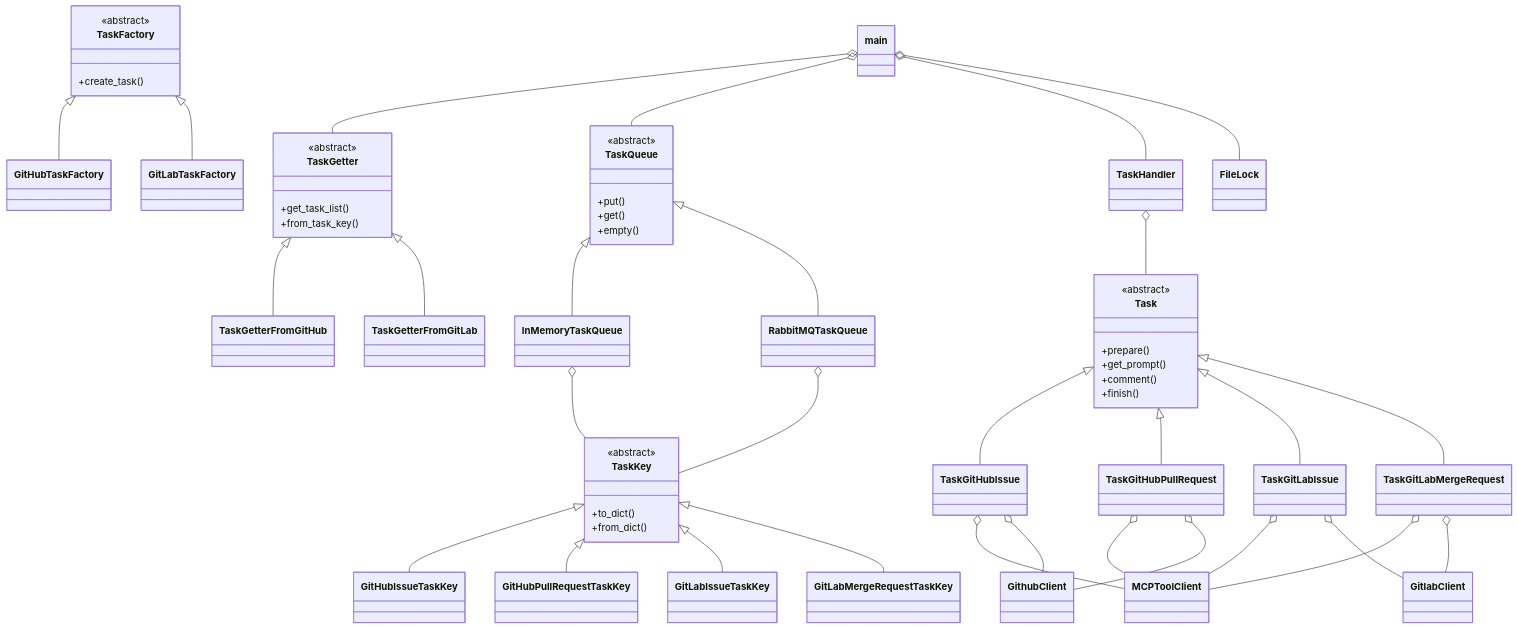
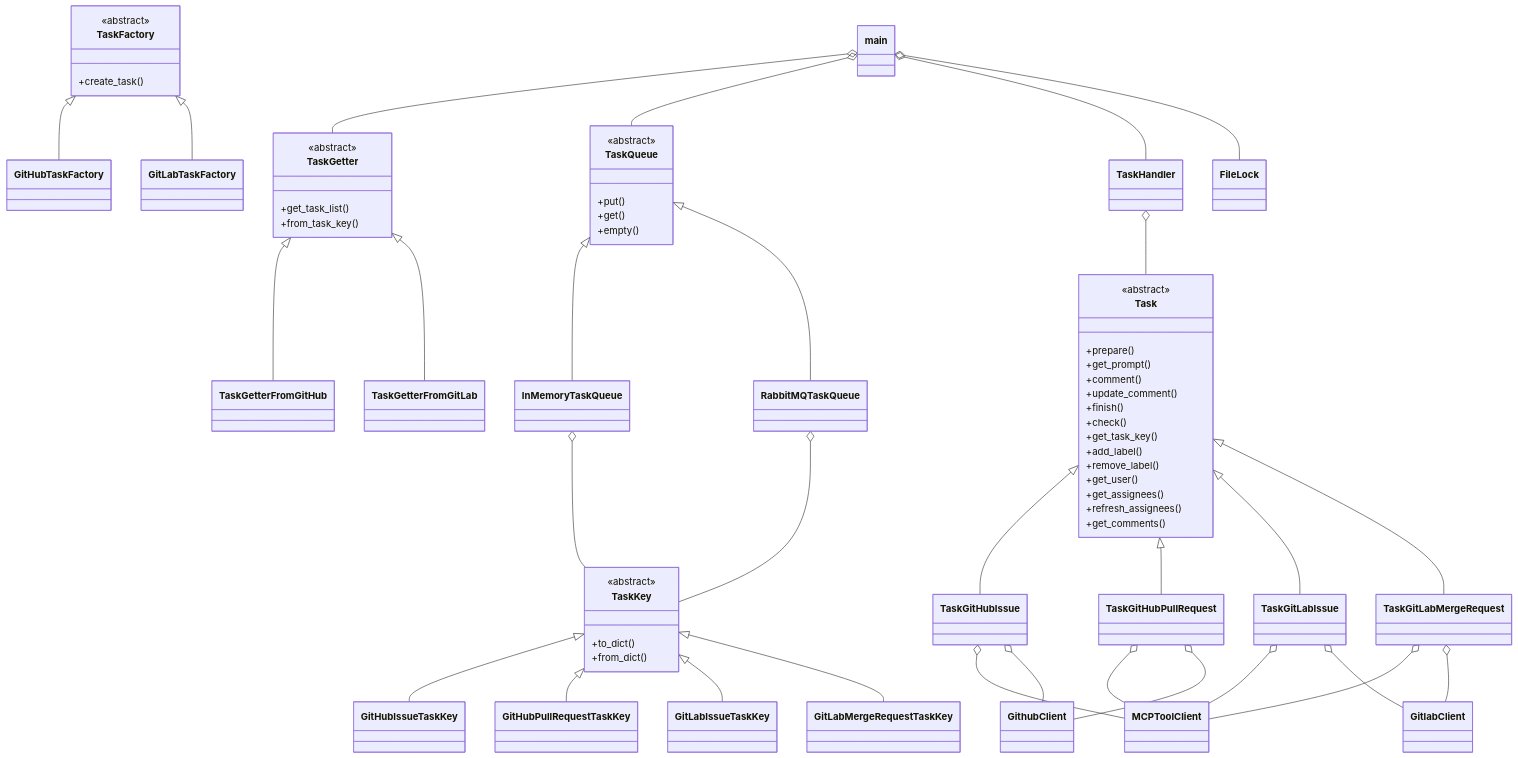
Before and after one commit to notfolder/coding_agent: the diagram in docs/spec/class_spec.md, drawn with Mermaid. The commit also changed other lines of this file and 6 other files, not shown here.

```diff
--- a/docs/spec/class_spec.md
+++ b/docs/spec/class_spec.md
@@ -202,7 +213,16 @@
         +prepare()
         +get_prompt()
         +comment()
+        +update_comment()
         +finish()
+        +check()
+        +get_task_key()
+        +add_label()
+        +remove_label()
+        +get_user()
+        +get_assignees()
+        +refresh_assignees()
+        +get_comments()
     }
     class TaskGitHubIssue
     class TaskGitHubPullRequest
```
